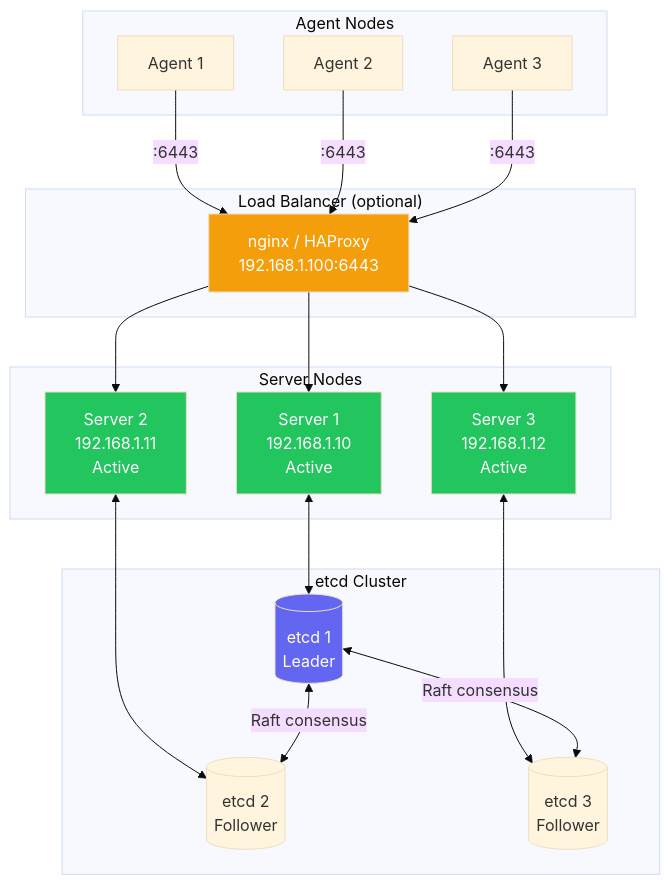
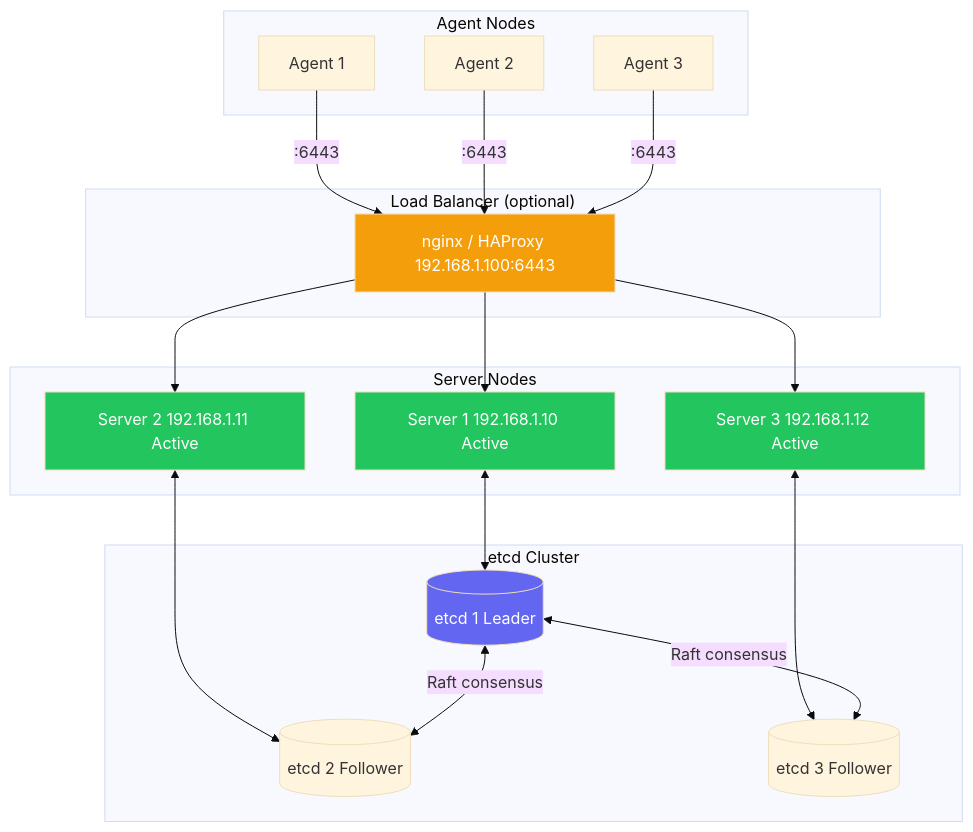
Before and after one commit to UncleJS/course_k3s: the eighth of 8 diagrams in 01_introduction/03_architecture_overview.md, drawn with Mermaid (base theme). The commit also changed other lines of this file and 57 other files, not shown here.

````diff
--- a/01_introduction/03_architecture_overview.md
+++ b/01_introduction/03_architecture_overview.md
@@ -344,38 +345,38 @@
 ```mermaid
 graph TB
     subgraph "Load Balancer (optional)"
-        LB[nginx / HAProxy\n192.168.1.100:6443]
+        LB[nginx / HAProxy 192.168.1.100:6443]
     end
 
     subgraph "Server Nodes"
-        S1["Server 1\n192.168.1.10\nActive"]
-        S2["Server 2\n192.168.1.11\nActive"]
-        S3["Server 3\n192.168.1.12\nActive"]
+        S1["Server 1 192.168.1.10 Active"]
+        S2["Server 2 192.168.1.11 Active"]
+        S3["Server 3 192.168.1.12 Active"]
     end
 
     subgraph "etcd Cluster"
-        E1[(etcd 1\nLeader)]
-        E2[(etcd 2\nFollower)]
-        E3[(etcd 3\nFollower)]
+        E1[(etcd 1 Leader)]
+        E2[(etcd 2 Follower)]
+        E3[(etcd 3 Follower)]
     end
 
     subgraph "Agent Nodes"
         A1[Agent 1]
         A2[Agent 2]
         A3[Agent 3]
     end
 
     LB --> S1 & S2 & S3
     S1 <--> E1
     S2 <--> E2
     S3 <--> E3
     E1 <-->|"Raft consensus"| E2 & E3
 
     A1 & A2 & A3 -->|":6443"| LB
 
     style S1 fill:#22c55e,color:#fff
     style S2 fill:#22c55e,color:#fff
     style S3 fill:#22c55e,color:#fff
     style E1 fill:#6366f1,color:#fff
     style LB fill:#f59e0b,color:#fff
 ```
````
